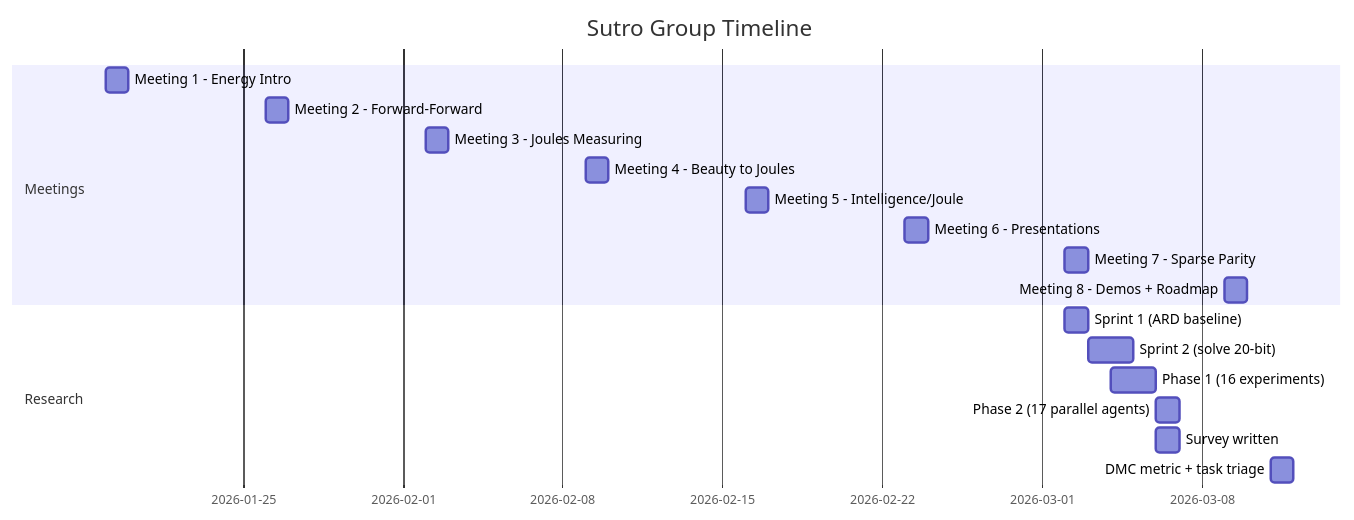
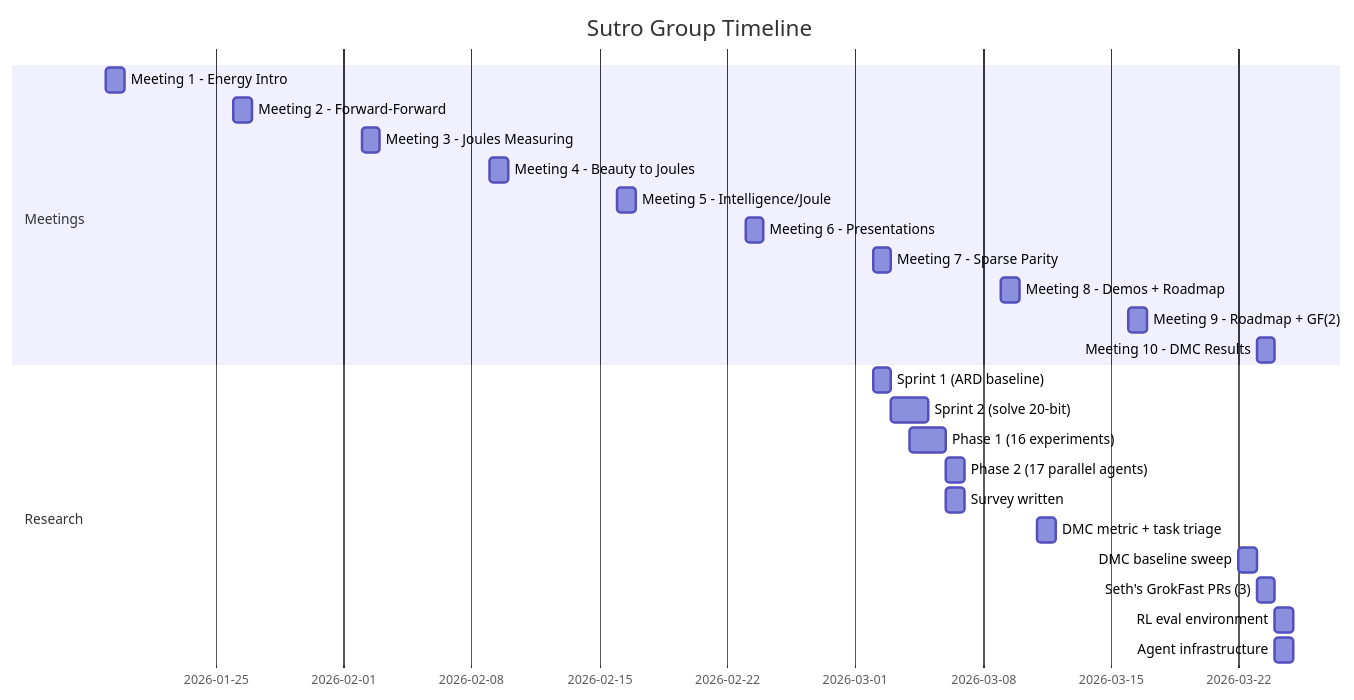
Before and after one commit to 0bserver07/SutroYaro: the diagram in docs/context.md, drawn with Mermaid. The commit also changed other lines of this file and 5 other files, not shown here.

First line of the commit message:
Fix stale info: 33→36 experiments, Seth bio, timeline, index links (Issue #55)

````diff
--- a/docs/context.md
+++ b/docs/context.md
@@ -45,21 +49,27 @@
 ```mermaid
 gantt
     title Sutro Group Timeline
     dateFormat YYYY-MM-DD
     section Meetings
     Meeting 1 - Energy Intro          :m1, 2026-01-19, 1d
     Meeting 2 - Forward-Forward       :m2, 2026-01-26, 1d
     Meeting 3 - Joules Measuring      :m3, 2026-02-02, 1d
     Meeting 4 - Beauty to Joules      :m4, 2026-02-09, 1d
     Meeting 5 - Intelligence/Joule    :m5, 2026-02-16, 1d
     Meeting 6 - Presentations         :m6, 2026-02-23, 1d
     Meeting 7 - Sparse Parity         :m7, 2026-03-02, 1d
     Meeting 8 - Demos + Roadmap       :m8, 2026-03-09, 1d
+    Meeting 9 - Roadmap + GF(2)       :m9, 2026-03-16, 1d
+    Meeting 10 - DMC Results          :m10, 2026-03-23, 1d
     section Research
     Sprint 1 (ARD baseline)           :s1, 2026-03-02, 1d
     Sprint 2 (solve 20-bit)           :s2, 2026-03-03, 2d
     Phase 1 (16 experiments)          :p1, 2026-03-04, 2d
     Phase 2 (17 parallel agents)      :p2, 2026-03-06, 1d
     Survey written                    :sv, 2026-03-06, 1d
     DMC metric + task triage          :dm, 2026-03-11, 1d
+    DMC baseline sweep                :db, 2026-03-22, 1d
+    Seth's GrokFast PRs (3)           :gf, 2026-03-23, 1d
+    RL eval environment               :ev, 2026-03-24, 1d
+    Agent infrastructure              :ai, 2026-03-24, 1d
 ```
````
